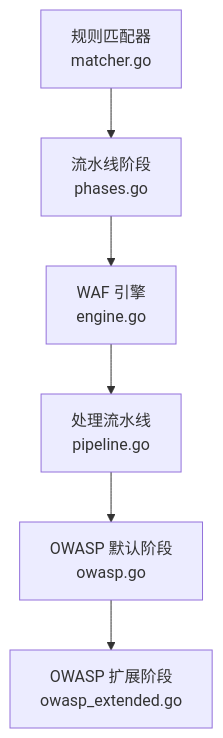
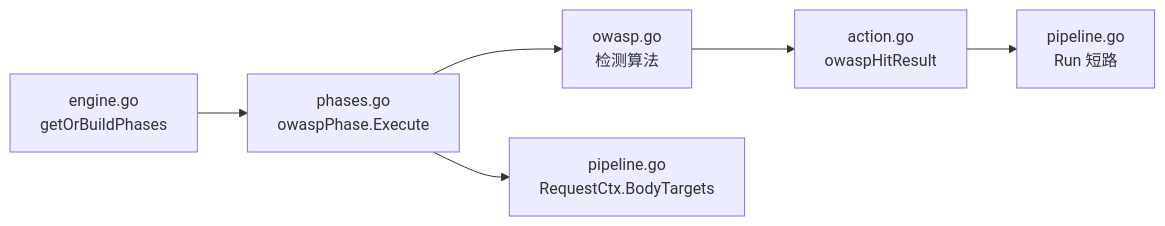
The third of 3 diagrams in docs/WAF 引擎系统/处理阶段详解/OWASP 默认检测阶段.md (x01n/My-OpenWaf), drawn with Mermaid before and after one commit. The commit also changed other lines of this file and 622 other files, not shown here.

````diff
--- a/docs/WAF 引擎系统/处理阶段详解/OWASP 默认检测阶段.md
+++ b/docs/WAF 引擎系统/处理阶段详解/OWASP 默认检测阶段.md
@@ -225,14 +232,8 @@
 ```mermaid
-graph TB
-OWASP["OWASP 默认阶段<br/>owasp.go"]
-EXT["OWASP 扩展阶段<br/>owasp_extended.go"]
-MATCHER["规则匹配器<br/>matcher.go"]
-PHASES["流水线阶段<br/>phases.go"]
-ENGINE["WAF 引擎<br/>engine.go"]
-PIPE["处理流水线<br/>pipeline.go"]
-MATCHER --> PHASES
-PHASES --> ENGINE
-ENGINE --> PIPE
-PIPE --> OWASP
-OWASP --> EXT
+graph LR
+E["engine.go<br/>getOrBuildPhases"] --> PH["phases.go<br/>owaspPhase.Execute"]
+PH --> ALG["owasp.go<br/>检测算法"]
+PH --> CTX["pipeline.go<br/>RequestCtx.BodyTargets"]
+ALG --> RES["action.go<br/>owaspHitResult"]
+RES --> PIPE["pipeline.go<br/>Run 短路"]
 ```
````
